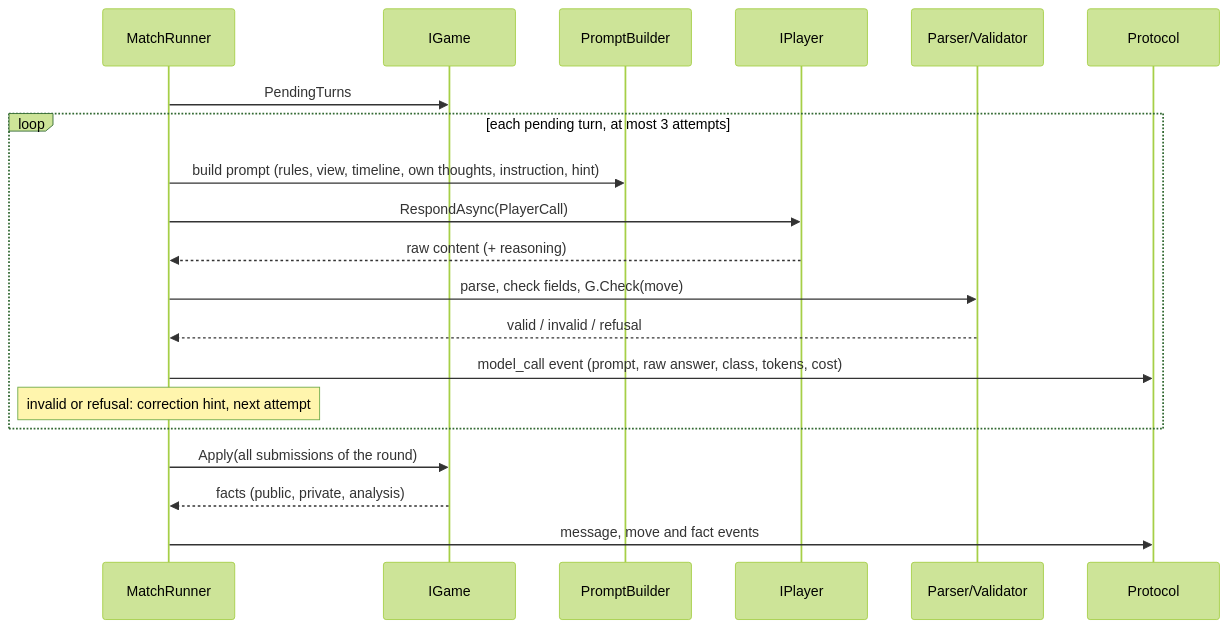
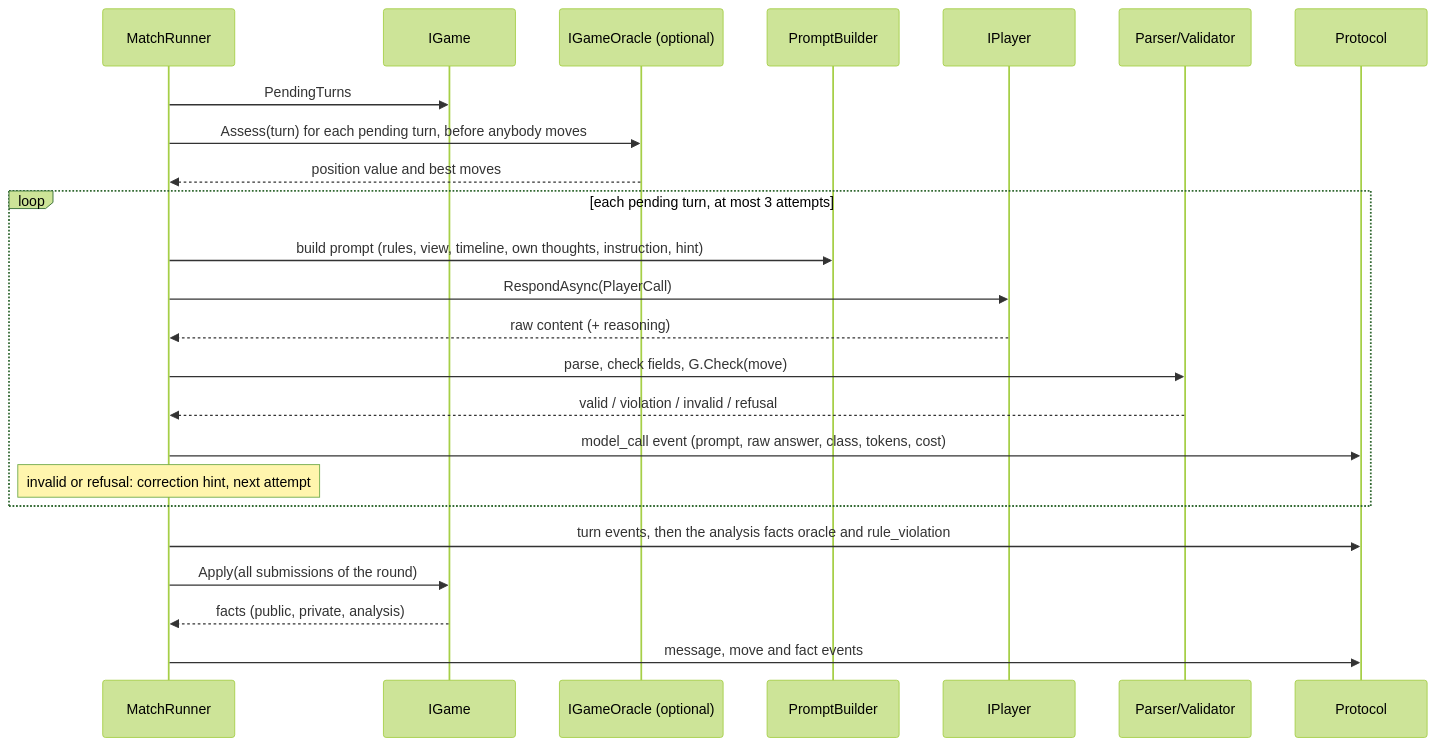
One commit to chr0mcom/LLM-Shootout changed the second of 3 diagrams in docs/architecture.md. Above: the diagram before and after it, drawn with Mermaid (forest theme). The commit also changed other lines of this file and 6 other files, not shown here.

````diff
--- a/docs/architecture.md
+++ b/docs/architecture.md
@@ -60,22 +81,26 @@
 ```mermaid
 sequenceDiagram
   participant R as MatchRunner
   participant G as IGame
+  participant O as IGameOracle (optional)
   participant B as PromptBuilder
   participant P as IPlayer
   participant V as Parser/Validator
   participant L as Protocol
   R->>G: PendingTurns
+  R->>O: Assess(turn) for each pending turn, before anybody moves
+  O-->>R: position value and best moves
   loop each pending turn, at most 3 attempts
     R->>B: build prompt (rules, view, timeline, own thoughts, instruction, hint)
     R->>P: RespondAsync(PlayerCall)
     P-->>R: raw content (+ reasoning)
     R->>V: parse, check fields, G.Check(move)
-    V-->>R: valid / invalid / refusal
+    V-->>R: valid / violation / invalid / refusal
     R->>L: model_call event (prompt, raw answer, class, tokens, cost)
     Note over R: invalid or refusal: correction hint, next attempt
   end
+  R->>L: turn events, then the analysis facts oracle and rule_violation
   R->>G: Apply(all submissions of the round)
   G-->>R: facts (public, private, analysis)
   R->>L: message, move and fact events
 ```
````
